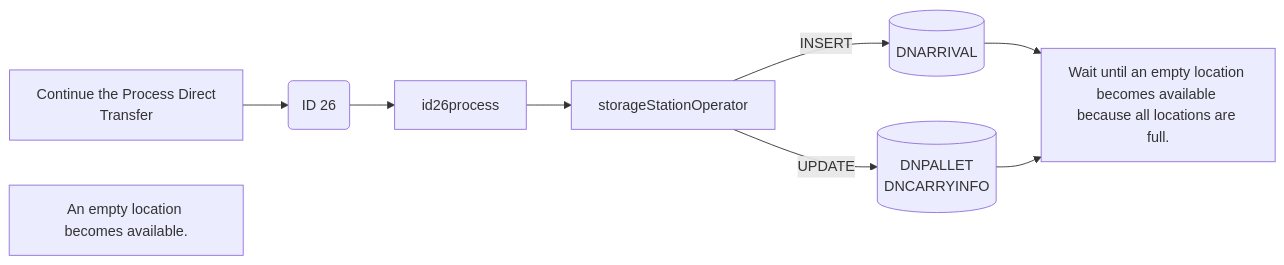
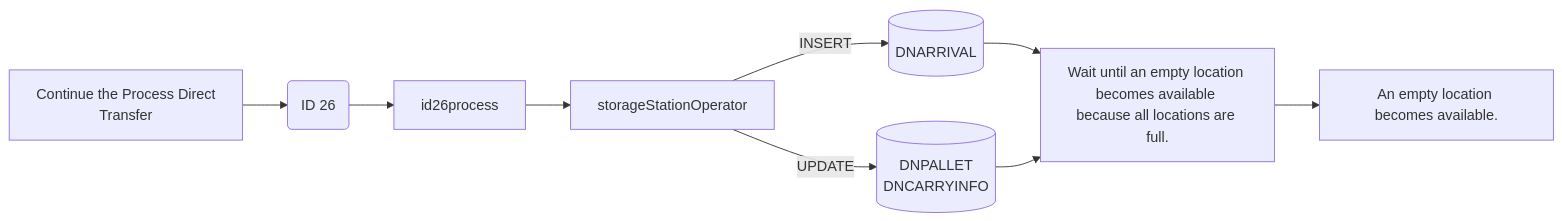
One commit to luthfiadityaa/SimeDarby-Wiki changed the fifth of 22 diagrams in Basic-Design/DFD-WMS/Storage/Palletizing-Settting/Irregular-Cases.md. Above: the diagram before and after it, drawn with Mermaid.

Commit message:
Updated Irregular Cases

```diff
--- a/Basic-Design/DFD-WMS/Storage/Palletizing-Settting/Irregular-Cases.md
+++ b/Basic-Design/DFD-WMS/Storage/Palletizing-Settting/Irregular-Cases.md
@@ -236,35 +236,36 @@
 ::: mermaid
 flowchart LR
 
 releaseCommand["
 Continue the Process Direct 
 Transfer
 "]
 
 id26msg("
 ID 26
 ")
 
 id26-insert[("
 DNARRIVAL
 ")]
 
 id26-update[("
 DNPALLET
 DNCARRYINFO
 ")];
 
 releaseCommand2["
 Wait until an empty location becomes available because all locations are full.
 "]
 
 releaseCommand3["
 An empty location becomes available. 
 "]
 
 storageStationOperator[storageStationOperator]
 
 releaseCommand-->id26msg-->id26process-->storageStationOperator
 storageStationOperator--> |INSERT| id26-insert-->releaseCommand2
 storageStationOperator--> |UPDATE| id26-update-->releaseCommand2
+releaseCommand2-->releaseCommand3
 :::
```
